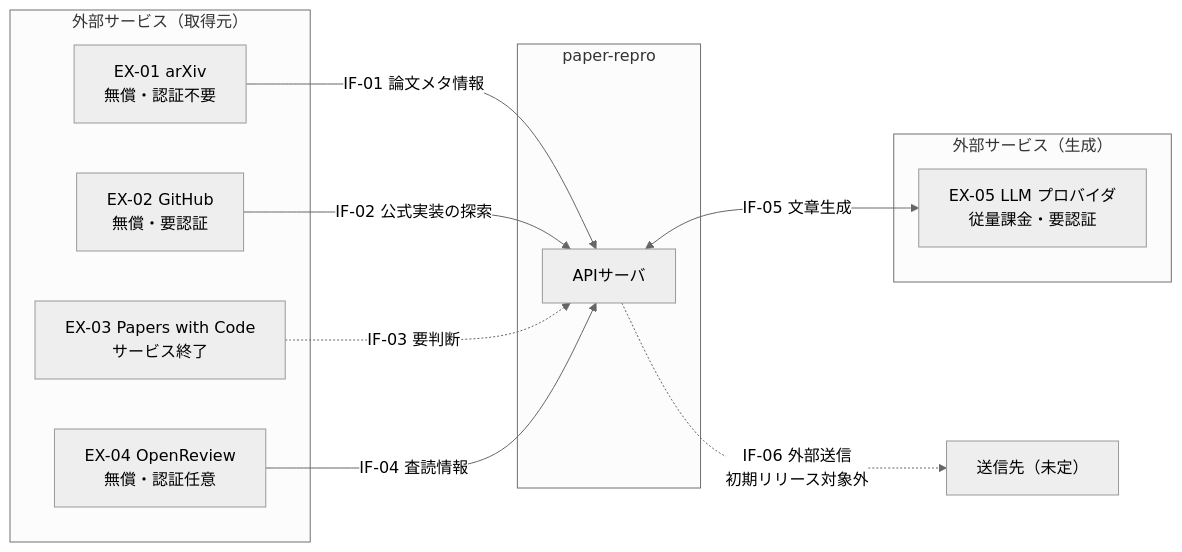
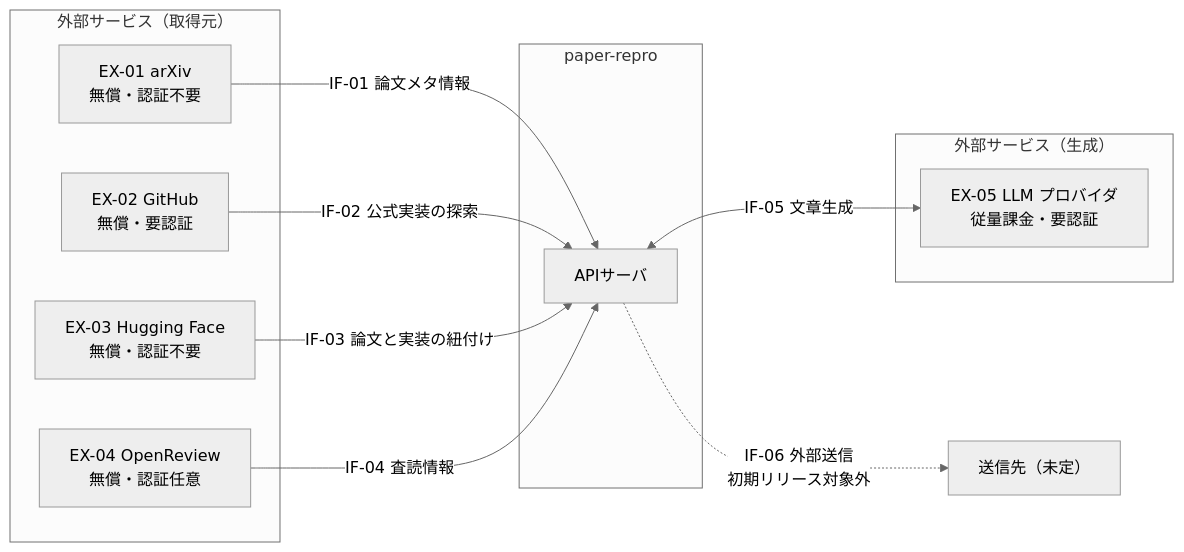
Before and after one commit to ChestnutForest/paper-repro: the diagram in docs/arch-guide/arc-interface-map.md, drawn with Mermaid (neutral theme). The commit also changed other lines of this file and 3 other files, not shown here.

````diff
--- a/docs/arch-guide/arc-interface-map.md
+++ b/docs/arch-guide/arc-interface-map.md
@@ -28,24 +29,24 @@
 ```mermaid
 graph LR
     subgraph external_in["外部サービス（取得元）"]
         EX01["EX-01 arXiv<br/>無償・認証不要"]
         EX02["EX-02 GitHub<br/>無償・要認証"]
-        EX03["EX-03 Papers with Code<br/>サービス終了"]
+        EX03["EX-03 Hugging Face<br/>無償・認証不要"]
         EX04["EX-04 OpenReview<br/>無償・認証任意"]
     end
 
     subgraph system["paper-repro"]
         APP["APIサーバ"]
     end
 
     subgraph external_llm["外部サービス（生成）"]
         EX05["EX-05 LLM プロバイダ<br/>従量課金・要認証"]
     end
 
     EX01 -->|"IF-01 論文メタ情報"| APP
     EX02 -->|"IF-02 公式実装の探索"| APP
-    EX03 -.->|"IF-03 要判断"| APP
+    EX03 -->|"IF-03 論文と実装の紐付け"| APP
     EX04 -->|"IF-04 査読情報"| APP
     APP <-->|"IF-05 文章生成"| EX05
     APP -.->|"IF-06 外部送信<br/>初期リリース対象外"| OUT["送信先（未定）"]
 ```
````
